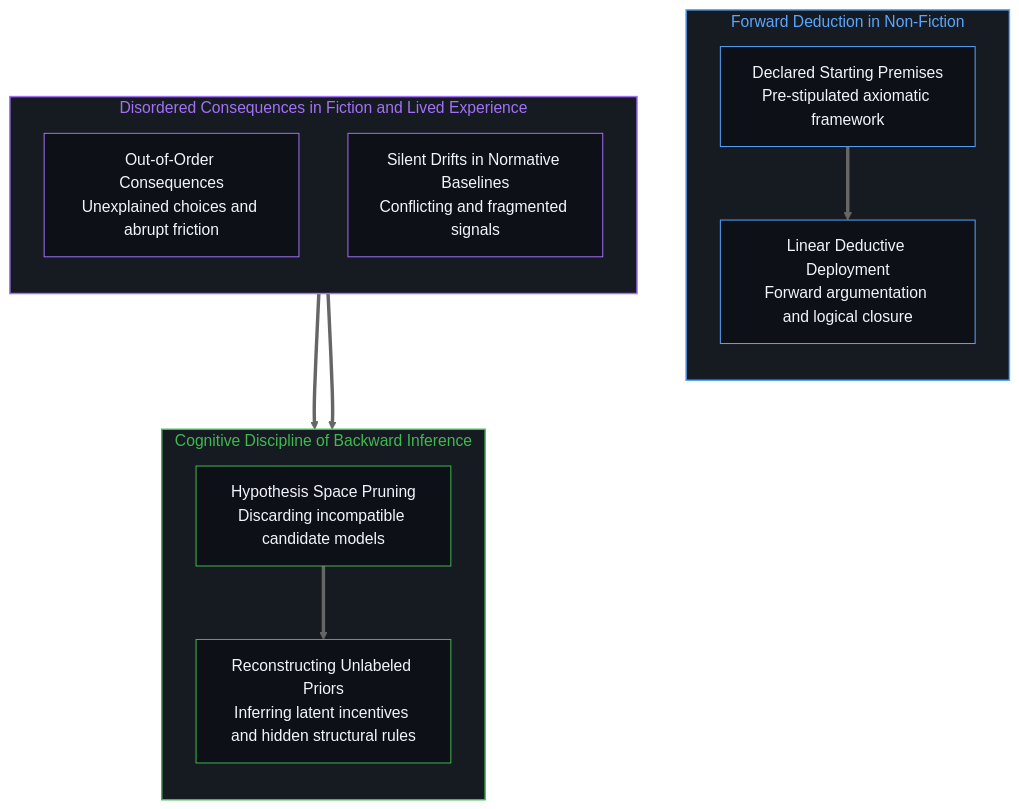
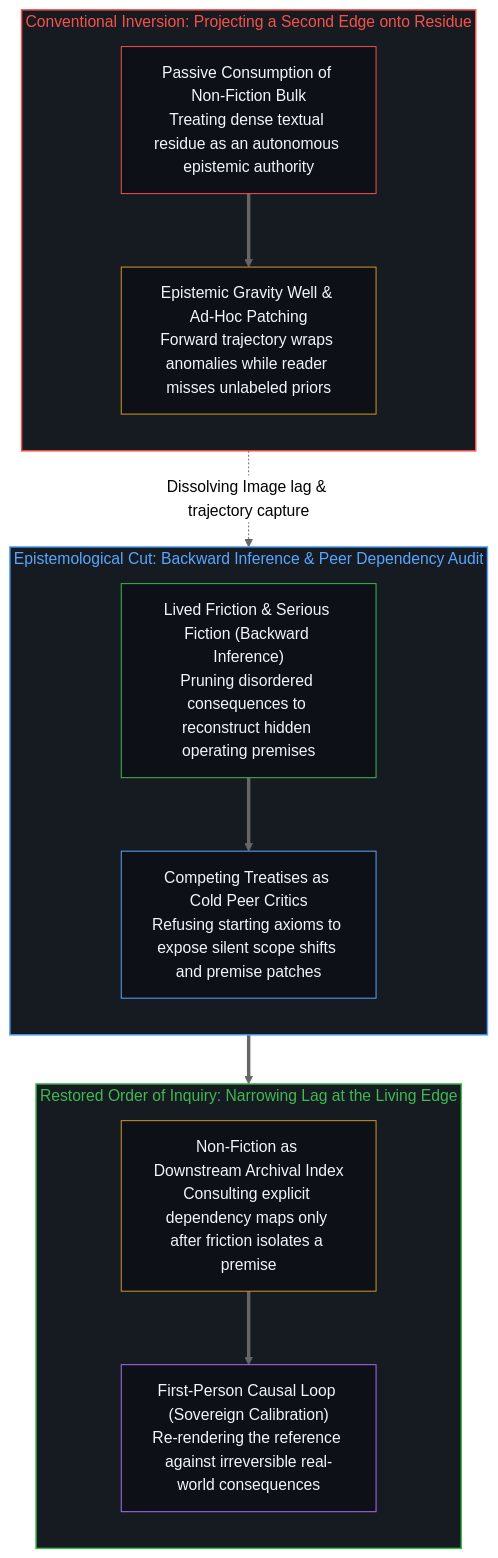
One commit to powerpig99/not-a-toe changed the second of 2 diagrams in content/posts/the-inversion-of-reading-and-the-order-of-inference.md. Above: the diagram before and after it, drawn with Mermaid (neutral theme). The commit also changed other lines of this file and 1 other file, not shown here.

Commit message:
Refine L2 #168: the-inversion-of-reading-and-the-order-of-inference (Wave 3)

````diff
--- a/content/posts/the-inversion-of-reading-and-the-order-of-inference.md
+++ b/content/posts/the-inversion-of-reading-and-the-order-of-inference.md
@@ -165,35 +92,36 @@
 ```mermaid
-graph TD
-    subgraph S_DEDUCT["Forward Deduction in Non-Fiction"]
+flowchart TD
+    subgraph S_LAG["Conventional Inversion: Projecting a Second Edge onto Residue"]
         direction TB
-        N_DECLARED["Declared Starting Premises<br/>Pre-stipulated axiomatic framework"]
-        N_LINEAR["Linear Deductive Deployment<br/>Forward argumentation and logical closure"]
-        N_DECLARED ==> N_LINEAR
+        N_REV["Passive Consumption of Non-Fiction Bulk<br/>Treating dense textual residue as an autonomous epistemic authority"]
+        N_WELL["Epistemic Gravity Well & Ad-Hoc Patching<br/>Forward trajectory wraps anomalies while reader misses unlabeled priors"]
+        N_REV ==> N_WELL
     end
 
-    subgraph S_DISORDER["Disordered Consequences in Fiction and Lived Experience"]
+    subgraph S_CUT["Epistemological Cut: Backward Inference & Peer Dependency Audit"]
         direction TB
-        N_EVENT["Out-of-Order Consequences<br/>Unexplained choices and abrupt friction"]
-        N_SHIFT["Silent Drifts in Normative Baselines<br/>Conflicting and fragmented signals"]
+        N_BACK["Lived Friction & Serious Fiction (Backward Inference)<br/>Pruning disordered consequences to reconstruct hidden operating premises"]
+        N_COMP["Competing Treatises as Cold Peer Critics<br/>Refusing starting axioms to expose silent scope shifts and premise patches"]
+        N_BACK ==> N_COMP
     end
 
-    subgraph S_INFER["Cognitive Discipline of Backward Inference"]
+    subgraph S_ORDER["Restored Order of Inquiry: Narrowing Lag at the Living Edge"]
         direction TB
-        N_PRUNE["Hypothesis Space Pruning<br/>Discarding incompatible candidate models"]
-        N_RECON["Reconstructing Unlabeled Priors<br/>Inferring latent incentives and hidden structural rules"]
-        N_PRUNE ==> N_RECON
+        N_INDEX["Non-Fiction as Downstream Archival Index<br/>Consulting explicit dependency maps only after friction isolates a premise"]
+        N_EDGE["First-Person Causal Loop (Sovereign Calibration)<br/>Re-rendering the reference against irreversible real-world consequences"]
+        N_INDEX ==> N_EDGE
     end
 
-    N_EVENT ==> N_PRUNE
-    N_SHIFT ==> N_PRUNE
+    N_WELL -. "Dissolving Image lag & trajectory capture" .-> N_BACK
+    N_COMP ==> N_INDEX
 
-    style S_DEDUCT fill:#161b22,stroke:#58a6ff,stroke-width:1.5px,color:#58a6ff
-    style S_DISORDER fill:#161b22,stroke:#a371f7,stroke-width:1.5px,color:#a371f7
-    style S_INFER fill:#161b22,stroke:#3fb950,stroke-width:1.5px,color:#3fb950
-    style N_DECLARED fill:#0d1117,stroke:#58a6ff,stroke-width:1px,color:#f0f6fc
-    style N_LINEAR fill:#0d1117,stroke:#58a6ff,stroke-width:1px,color:#f0f6fc
-    style N_EVENT fill:#0d1117,stroke:#a371f7,stroke-width:1px,color:#f0f6fc
-    style N_SHIFT fill:#0d1117,stroke:#a371f7,stroke-width:1px,color:#f0f6fc
-    style N_PRUNE fill:#0d1117,stroke:#3fb950,stroke-width:1px,color:#f0f6fc
-    style N_RECON fill:#0d1117,stroke:#3fb950,stroke-width:1px,color:#f0f6fc
+    style S_LAG fill:#161b22,stroke:#f85149,stroke-width:1.5px,color:#f85149
+    style S_CUT fill:#161b22,stroke:#58a6ff,stroke-width:1.5px,color:#58a6ff
+    style S_ORDER fill:#161b22,stroke:#3fb950,stroke-width:1.5px,color:#3fb950
+    style N_REV fill:#0d1117,stroke:#f85149,stroke-width:1px,color:#f0f6fc
+    style N_WELL fill:#0d1117,stroke:#d29922,stroke-width:1px,color:#f0f6fc
+    style N_BACK fill:#0d1117,stroke:#3fb950,stroke-width:1px,color:#f0f6fc
+    style N_COMP fill:#0d1117,stroke:#58a6ff,stroke-width:1px,color:#f0f6fc
+    style N_INDEX fill:#0d1117,stroke:#d29922,stroke-width:1px,color:#f0f6fc
+    style N_EDGE fill:#0d1117,stroke:#a371f7,stroke-width:1px,color:#f0f6fc
 ```
````
